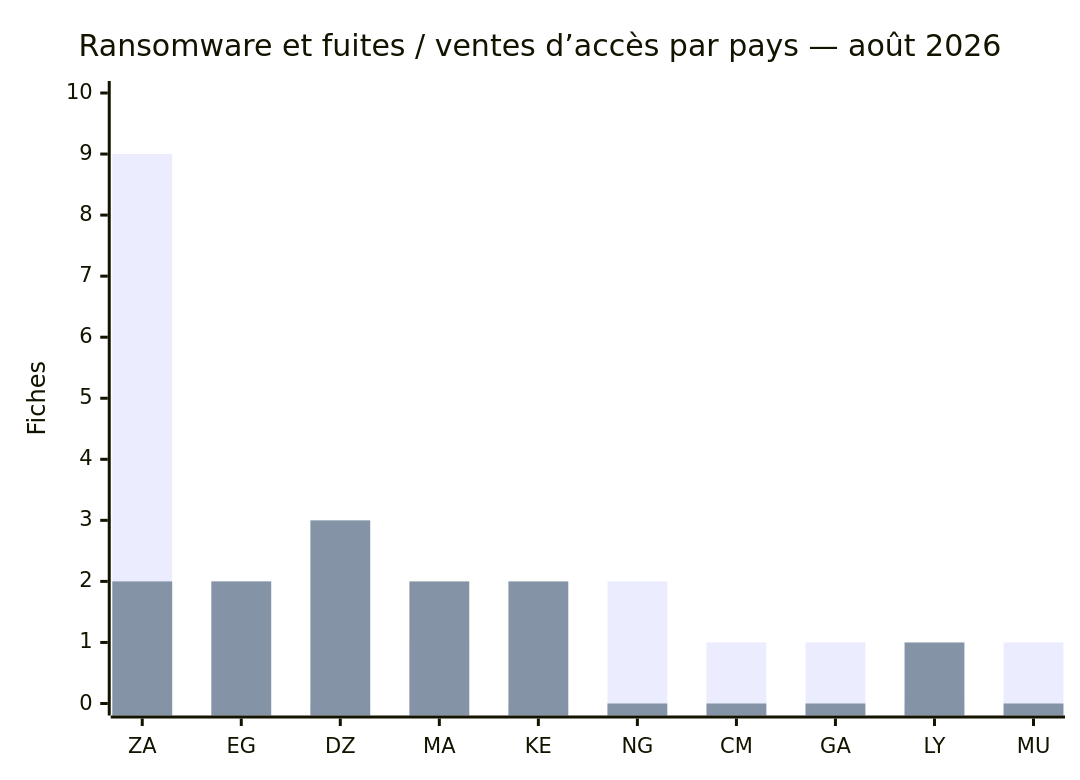
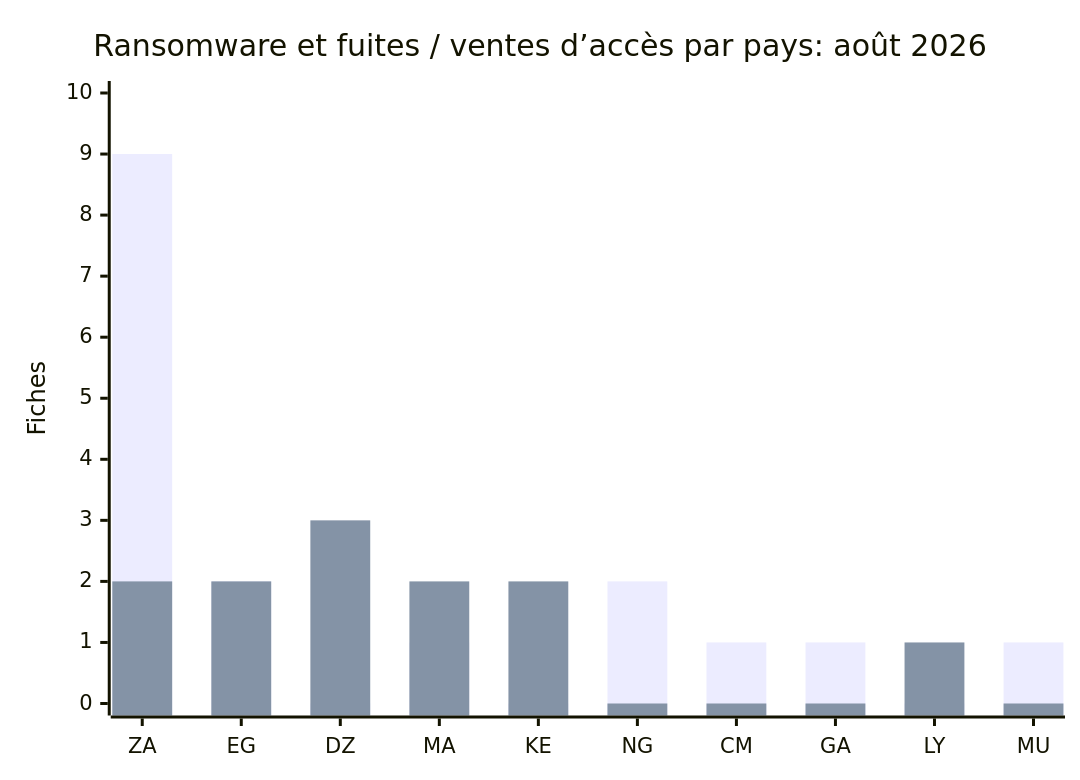
The second of 7 diagrams in CyberAttackAfrica/2026/08-august/README_FR.md (Hatchepsoute/AFRINTEL), drawn with Mermaid before and after one commit. The commit also changed other lines of this file and 1 other file, not shown here.

````diff
--- a/CyberAttackAfrica/2026/08-august/README_FR.md
+++ b/CyberAttackAfrica/2026/08-august/README_FR.md
@@ -141,8 +141,8 @@
 ```mermaid
 xychart-beta
-    title "Ransomware et fuites / ventes d’accès par pays — août 2026"
+    title "Ransomware et fuites / ventes d’accès par pays: août 2026"
     x-axis ["ZA", "EG", "DZ", "MA", "KE", "NG", "CM", "GA", "LY", "MU"]
     y-axis "Fiches" 0 --> 10
     bar [9, 2, 0, 1, 0, 2, 1, 1, 0, 1]
     bar [2, 2, 3, 2, 2, 0, 0, 0, 1, 0]
 ```
````
